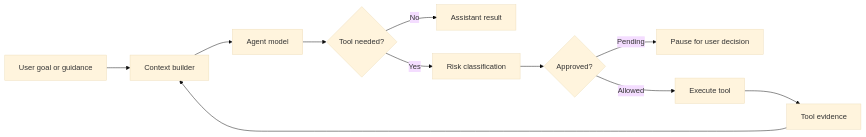
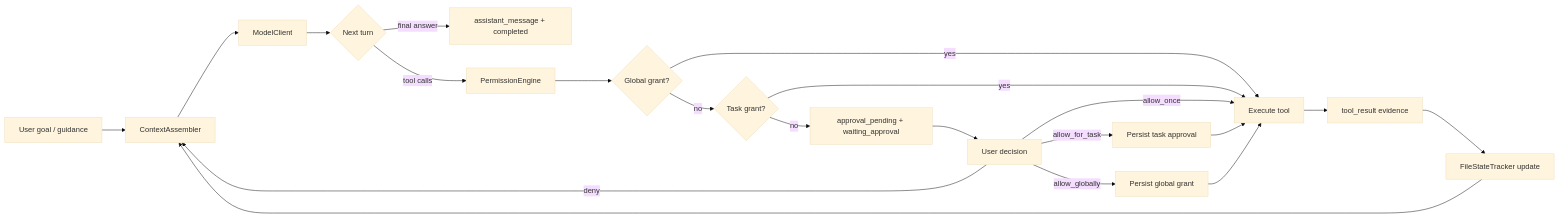
The diagram in docs/architecture.md (QinIndexCode/agent-workbench), drawn with Mermaid (base theme) before and after one commit. The commit also changed other lines of this file and 8 other files, not shown here.

````diff
--- a/docs/architecture.md
+++ b/docs/architecture.md
@@ -12,13 +25,21 @@
 ```mermaid
 flowchart LR
-  U["User goal or guidance"] --> C["Context builder"]
-  C --> M["Agent model"]
-  M --> A{"Tool needed?"}
-  A -->|No| R["Assistant result"]
-  A -->|Yes| P["Risk classification"]
-  P --> H{"Approved?"}
-  H -->|Pending| W["Pause for user decision"]
-  H -->|Allowed| T["Execute tool"]
-  T --> E["Tool evidence"]
-  E --> C
+  U["User goal / guidance"] --> C["ContextAssembler"]
+  C --> M["ModelClient"]
+  M --> D{"Next turn"}
+  D -->|final answer| R["assistant_message + completed"]
+  D -->|tool calls| P["PermissionEngine"]
+  P --> G{"Global grant?"}
+  G -->|yes| X["Execute tool"]
+  G -->|no| T{"Task grant?"}
+  T -->|yes| X
+  T -->|no| A["approval_pending + waiting_approval"]
+  A --> H["User decision"]
+  H -->|allow_once| X
+  H -->|allow_for_task| S["Persist task approval"] --> X
+  H -->|allow_globally| GP["Persist global grant"] --> X
+  H -->|deny| C
+  X --> E["tool_result evidence"]
+  E --> F["FileStateTracker update"]
+  F --> C
 ```
````
